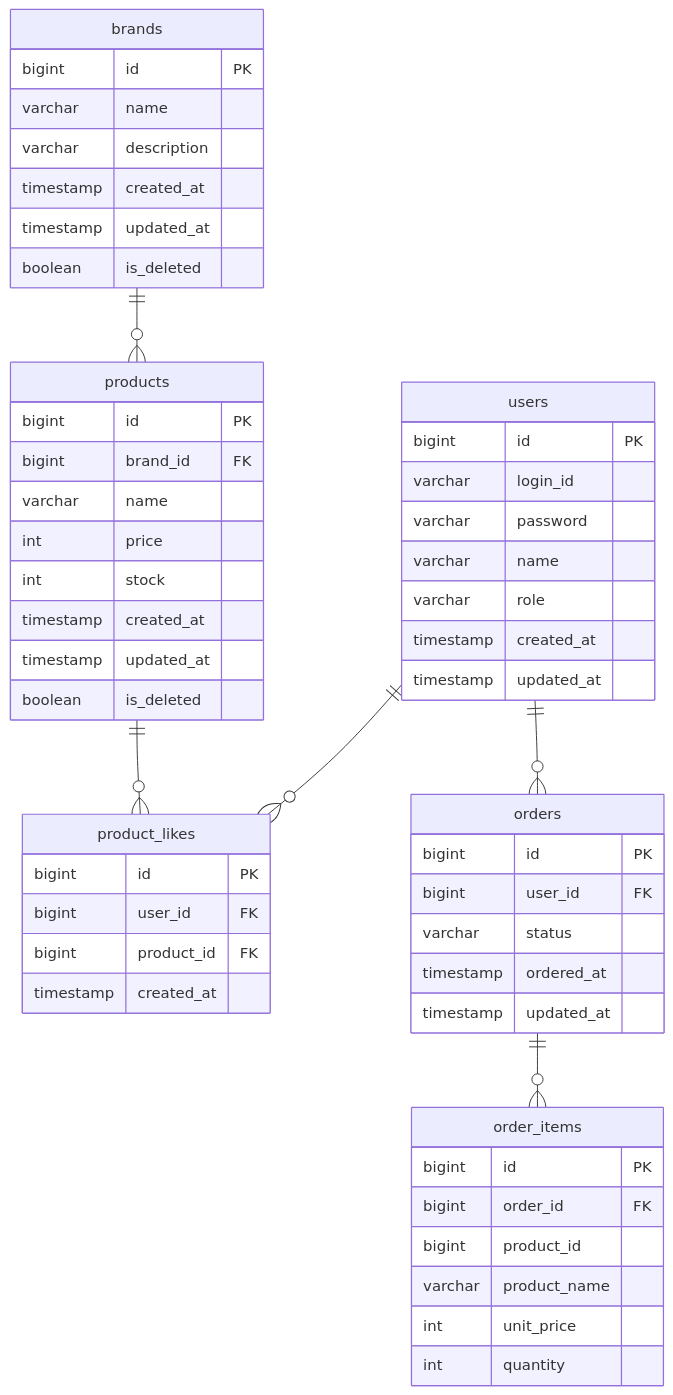
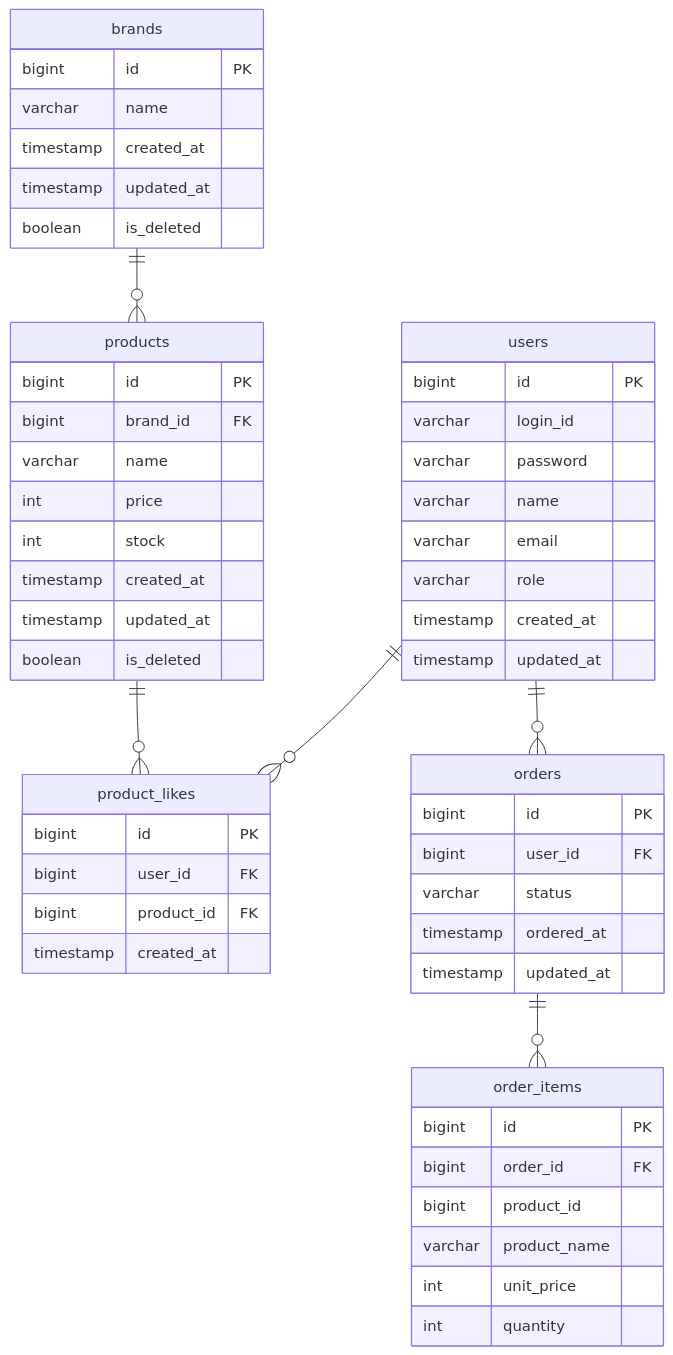
The diagram in docs/design/04-erd.md (kimjunyoung90/loop-pack-be-l2-vol3-java), drawn with Mermaid before and after one commit. The commit also changed 2 other files, not shown here.

Commit message:
docs: 문서 업데이트

````diff
--- a/docs/design/04-erd.md
+++ b/docs/design/04-erd.md
@@ -5,62 +5,62 @@
 ```mermaid
 erDiagram
     users {
         bigint id PK
         varchar login_id
         varchar password
         varchar name
+        varchar email
         varchar role
         timestamp created_at
         timestamp updated_at
     }
 
     brands {
         bigint id PK
         varchar name
-        varchar description
         timestamp created_at
         timestamp updated_at
         boolean is_deleted
     }
 
     products {
         bigint id PK
         bigint brand_id FK
         varchar name
         int price
         int stock
         timestamp created_at
         timestamp updated_at
         boolean is_deleted
     }
 
     product_likes {
         bigint id PK
         bigint user_id FK
         bigint product_id FK
         timestamp created_at
     }
 
     orders {
         bigint id PK
         bigint user_id FK
         varchar status
         timestamp ordered_at
         timestamp updated_at
     }
 
     order_items {
         bigint id PK
         bigint order_id FK
         bigint product_id
         varchar product_name
         int unit_price
         int quantity
     }
 
     users ||--o{ product_likes : ""
     users ||--o{ orders : ""
     brands ||--o{ products : ""
     products ||--o{ product_likes : ""
     orders ||--o{ order_items : ""
 ```
````
